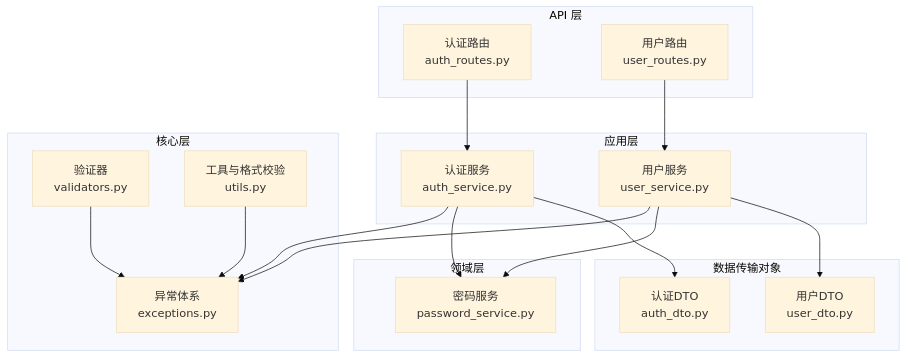
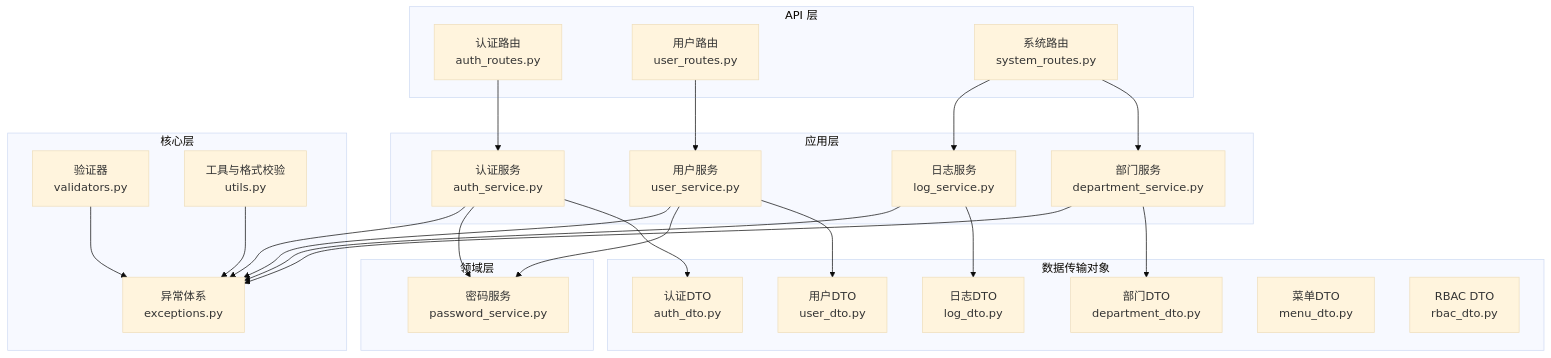
Before and after one commit to taoweidong/Hello-FastApi: the first of 5 diagrams in .qoder/repowiki/zh/content/项目概述/核心特性/数据验证.md, drawn with Mermaid (base theme). The commit also changed other lines of this file and 9 other files, not shown here.

````diff
--- a/.qoder/repowiki/zh/content/项目概述/核心特性/数据验证.md
+++ b/.qoder/repowiki/zh/content/项目概述/核心特性/数据验证.md
@@ -37,33 +55,46 @@
 ```mermaid
 graph TB
 subgraph "API 层"
 R1["认证路由<br/>auth_routes.py"]
 R2["用户路由<br/>user_routes.py"]
+R3["系统路由<br/>system_routes.py"]
 end
 subgraph "应用层"
 S1["认证服务<br/>auth_service.py"]
 S2["用户服务<br/>user_service.py"]
+S3["部门服务<br/>department_service.py"]
+S4["日志服务<br/>log_service.py"]
 end
 subgraph "领域层"
 D1["密码服务<br/>password_service.py"]
 end
 subgraph "核心层"
 C1["验证器<br/>validators.py"]
 C2["工具与格式校验<br/>utils.py"]
 C3["异常体系<br/>exceptions.py"]
 end
 subgraph "数据传输对象"
 DTO1["认证DTO<br/>auth_dto.py"]
 DTO2["用户DTO<br/>user_dto.py"]
+DTO3["部门DTO<br/>department_dto.py"]
+DTO4["日志DTO<br/>log_dto.py"]
+DTO5["菜单DTO<br/>menu_dto.py"]
+DTO6["RBAC DTO<br/>rbac_dto.py"]
 end
 R1 --> S1
 R2 --> S2
+R3 --> S3
+R3 --> S4
 S1 --> DTO1
 S2 --> DTO2
+S3 --> DTO3
+S4 --> DTO4
 S1 --> D1
 S2 --> D1
 S1 --> C3
 S2 --> C3
+S3 --> C3
+S4 --> C3
 C1 --> C3
 C2 --> C3
 ```
````
